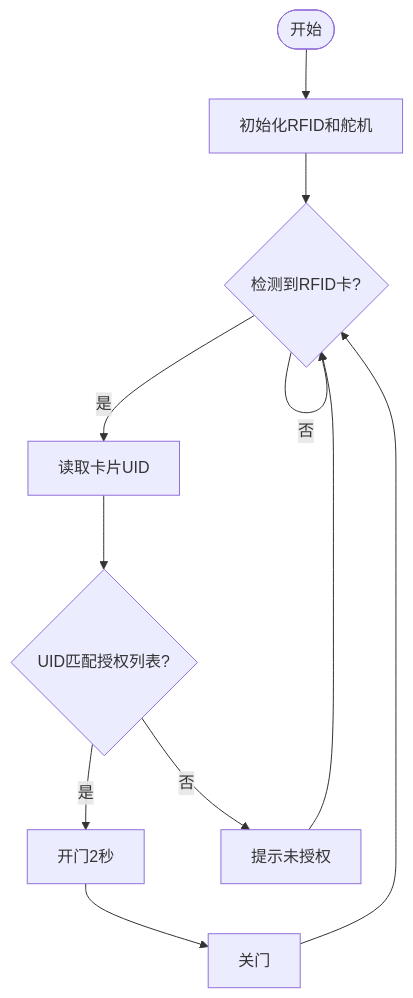
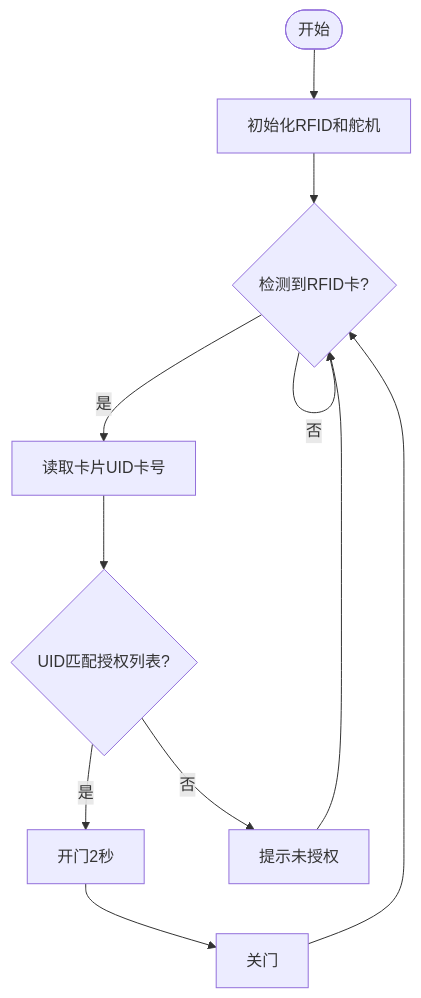
One commit to keyeswiki/KE3107-ESP32 changed the diagram in docs/4. Arduino教程/4.3 课程/课程07.md. Above: the diagram before and after it, drawn with Mermaid. The commit also changed other lines of this file and 1255 other files, not shown here.

````diff
--- a/docs/4. Arduino教程/4.3 课程/课程07.md
+++ b/docs/4. Arduino教程/4.3 课程/课程07.md
@@ -359,12 +361,12 @@
 ```mermaid
 flowchart TD
     A([开始]) --> B[初始化RFID和舵机]
     B --> C{检测到RFID卡?}
-    C -- 是 --> D[读取卡片UID]
+    C -- 是 --> D[读取卡片UID卡号]
     D --> E{UID匹配授权列表?}
     E -- 是 --> F[开门2秒] --> G[关门]
     E -- 否 --> H[提示未授权]
     C -- 否 --> C
     G --> C
     H --> C
 ```
````
